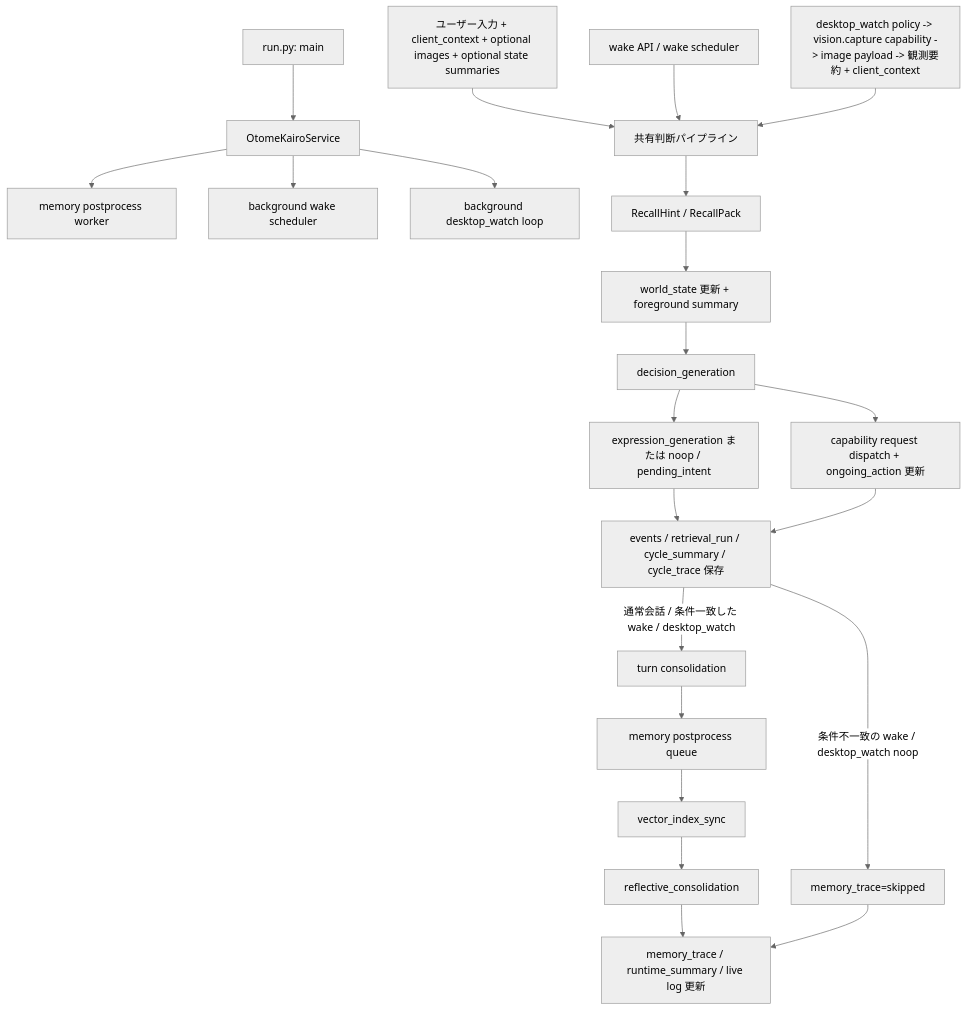
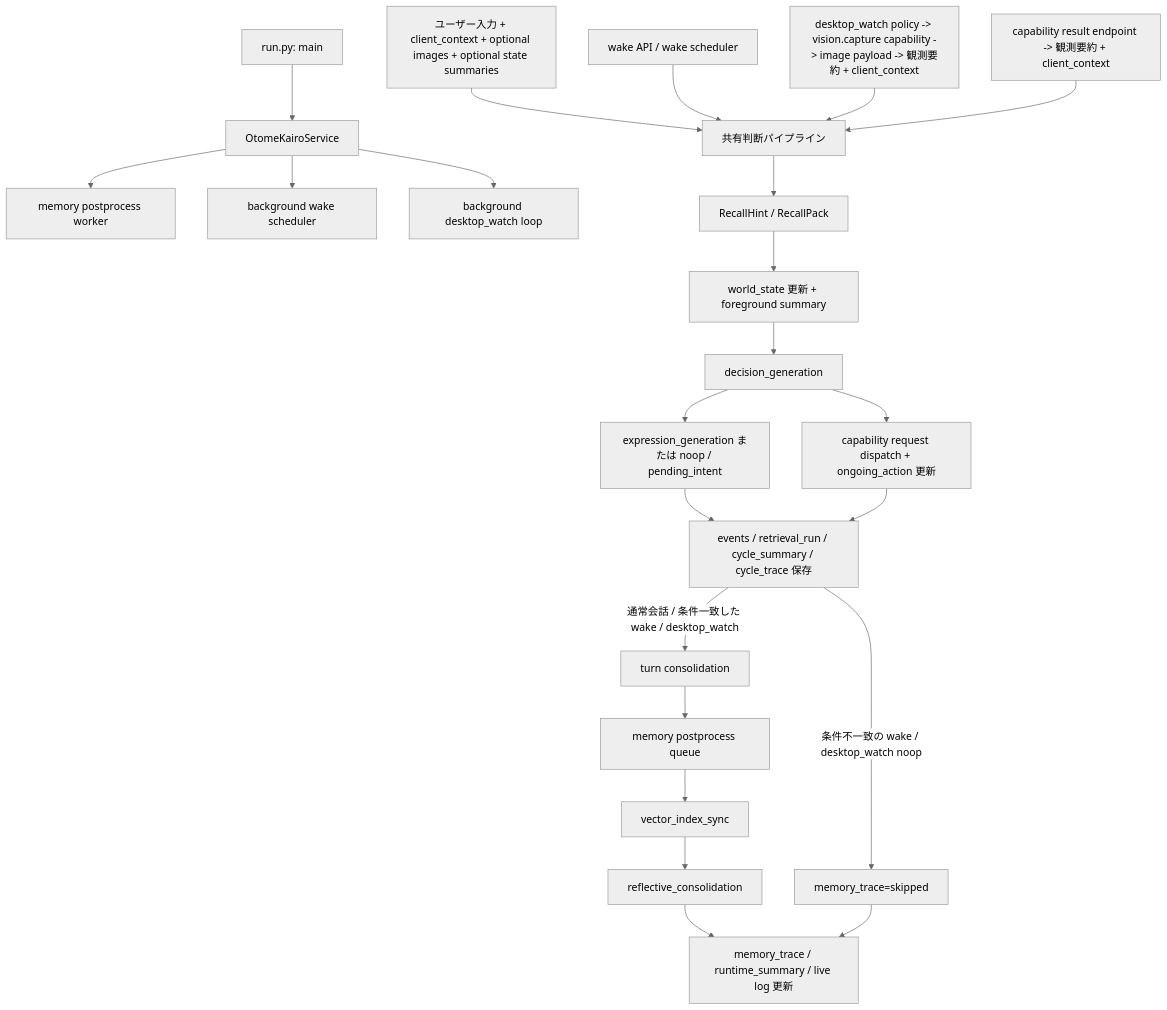
The second of 4 diagrams in docs/plan/02_現行処理フロー.md (hirona98/OtomeKairo), drawn with Mermaid (neutral theme) before and after one commit. The commit also changed other lines of this file and 19 other files, not shown here.

Commit message:
Add capability result follow-up pipeline

````diff
--- a/docs/plan/02_現行処理フロー.md
+++ b/docs/plan/02_現行処理フロー.md
@@ -102,27 +102,28 @@
 ```mermaid
 flowchart TD
     Start["run.py: main"] --> Service["OtomeKairoService"]
     Service --> Worker["memory postprocess worker"]
     Service --> WakeLoop["background wake scheduler"]
     Service --> WatchLoop["background desktop_watch loop"]
 
     User["ユーザー入力 + client_context + optional images + optional state summaries"] --> Shared["共有判断パイプライン"]
     WakeAPI["wake API / wake scheduler"] --> Shared
     Watch["desktop_watch policy -> vision.capture capability -> image payload -> 観測要約 + client_context"] --> Shared
+    CapResult["capability result endpoint -> 観測要約 + client_context"] --> Shared
 
     Shared --> Recall["RecallHint / RecallPack"]
     Recall --> WorldState["world_state 更新 + foreground summary"]
     WorldState --> Decision["decision_generation"]
     Decision --> Reply["expression_generation または noop / pending_intent"]
     Decision --> CapReq["capability request dispatch + ongoing_action 更新"]
     Reply --> Persist["events / retrieval_run / cycle_summary / cycle_trace 保存"]
     CapReq --> Persist
 
     Persist -->|通常会話 / 条件一致した wake / desktop_watch| Memory["turn consolidation"]
     Persist -->|条件不一致の wake / desktop_watch noop| SkipMemory["memory_trace=skipped"]
     Memory --> Queue["memory postprocess queue"]
     Queue --> Vec["vector_index_sync"]
     Vec --> Reflect["reflective_consolidation"]
     Reflect --> Update["memory_trace / runtime_summary / live log 更新"]
     SkipMemory --> Update
 ```
````
